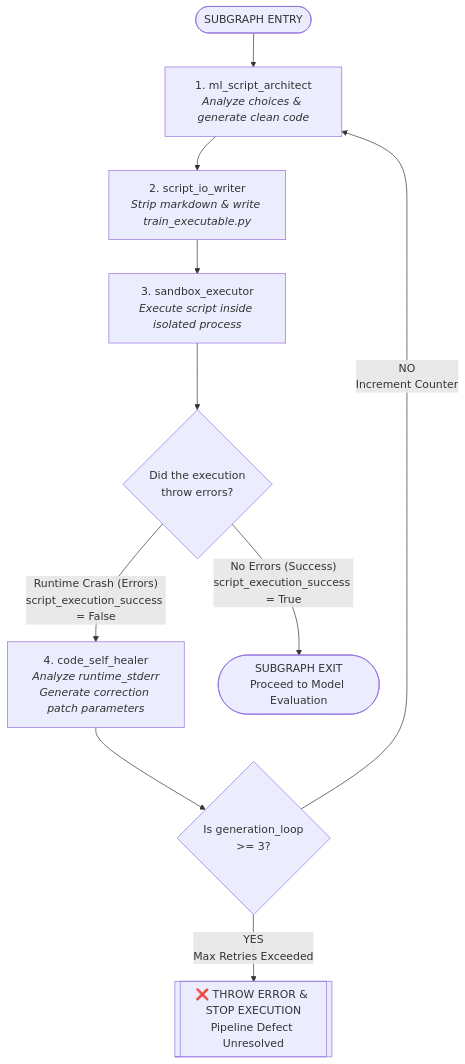
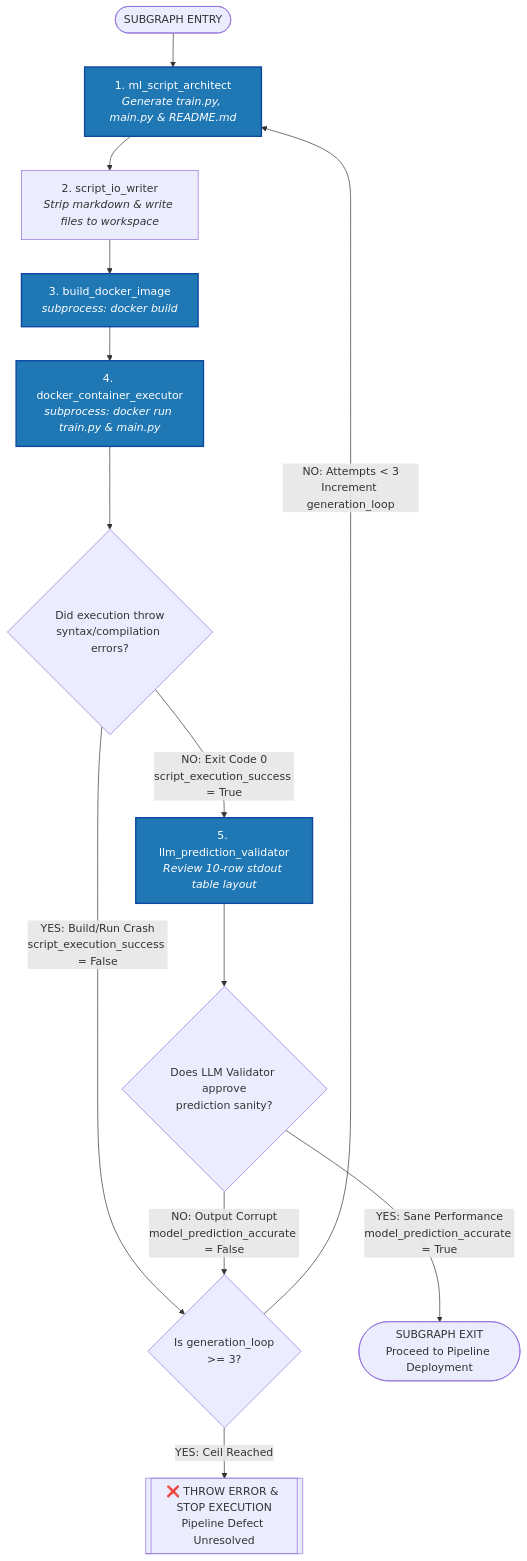
One commit to NightDevilPT/ml-agent changed the diagram in docs/ml-code-architecture.md. Above: the diagram before and after it, drawn with Mermaid. The commit also changed other lines of this file and 10 other files, not shown here.

Commit message:
ml-agent: ml architecture subgraph added

````diff
--- a/docs/ml-code-architecture.md
+++ b/docs/ml-code-architecture.md
@@ -72,37 +76,47 @@
 ```mermaid
 graph TD
     %% Define Nodes and Shapes
     Start([SUBGRAPH ENTRY])
-    Architect[1. ml_script_architect<br><i>Analyze choices & generate clean code</i>]
-    WriteScript[2. script_io_writer<br><i>Strip markdown & write train_executable.py</i>]
-    ExecuteSandbox[3. sandbox_executor<br><i>Execute script inside isolated process</i>]
-    VerifyGate{Did the execution<br>throw errors?}
+    Architect[1. ml_script_architect<br><i>Generate train.py, main.py & README.md</i>]
+    WriteScript[2. script_io_writer<br><i>Strip markdown & write files to workspace</i>]
+    BuildDocker[3. build_docker_image<br><i>subprocess: docker build</i>]
+    ExecuteContainer[4. docker_container_executor<br><i>subprocess: docker run train.py & main.py</i>]
     
-    %% Self-Healing Reflection Node
-    Healer[4. code_self_healer<br><i>Analyze runtime_stderr<br>Generate correction patch parameters</i>]
+    VerifyGate{Did execution throw<br>syntax/compilation errors?}
+    LLMValidator[5. llm_prediction_validator<br><i>Review 10-row stdout table layout</i>]
+    SemanticGate{Does LLM Validator approve<br>prediction sanity?}
     
     %% Loop Break Gateway
-    CheckRetry{Is generation_loop<br>>= 3?}
+    CheckRetry{Is generation_loop <br> >= 3?}
     CrashNode[[❌ THROW ERROR & STOP EXECUTION<br>Pipeline Defect Unresolved]]
     
-    End([SUBGRAPH EXIT<br>Proceed to Model Evaluation])
+    End([SUBGRAPH EXIT<br>Proceed to Pipeline Deployment])
 
     %% Structural Execution Paths
     Start --> Architect
     Architect --> WriteScript
-    WriteScript --> ExecuteSandbox
-    ExecuteSandbox --> VerifyGate
+    WriteScript --> BuildDocker
+    BuildDocker --> ExecuteContainer
+    ExecuteContainer --> VerifyGate
     
-    %% Code Pass Pathway
-    VerifyGate -- "No Errors (Success)<br>script_execution_success = True" --> End
+    %% Compilation Failure Pathway (Gate 1)
+    VerifyGate -- "YES: Build/Run Crash<br>script_execution_success = False" --> CheckRetry
     
-    %% Self-Healing Loop Pathway
-    VerifyGate -- "Runtime Crash (Errors)<br>script_execution_success = False" --> Healer
-    Healer --> CheckRetry
+    %% Compilation Success Pathway (Gate 1 Passed)
+    VerifyGate -- "NO: Exit Code 0<br>script_execution_success = True" --> LLMValidator
     
-    CheckRetry -- "NO<br>Increment Counter" --> Architect
-    CheckRetry -- "YES<br>Max Retries Exceeded" --> CrashNode
+    %% Semantic Validation Pathway (Gate 2)
+    LLMValidator --> SemanticGate
+    SemanticGate -- "NO: Output Corrupt<br>model_prediction_accurate = False" --> CheckRetry
+    
+    %% Complete Graph Success
+    SemanticGate -- "YES: Sane Performance<br>model_prediction_accurate = True" --> End
+    
+    %% Self-Healing Loop Control
+    CheckRetry -- "NO: Attempts < 3<br>Increment generation_loop" --> Architect
+    CheckRetry -- "YES: Ceil Reached" --> CrashNode
 
-    class Architect,ExecuteSandbox,Healer highlight;
+    classDef highlight fill:#1f77b4,stroke:#0d47a1,stroke-width:2px,color:#fff;
+    class Architect,BuildDocker,ExecuteContainer,LLMValidator highlight;
 
 ```
````
